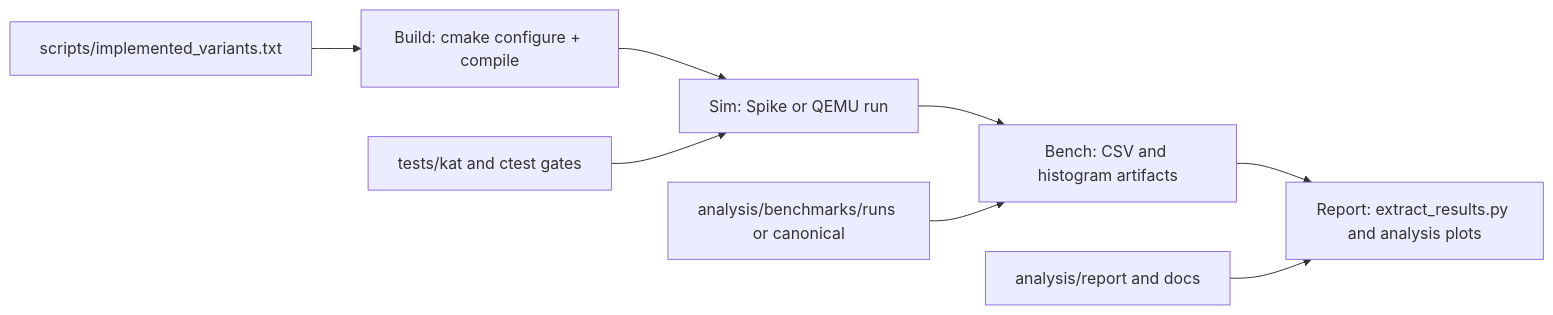
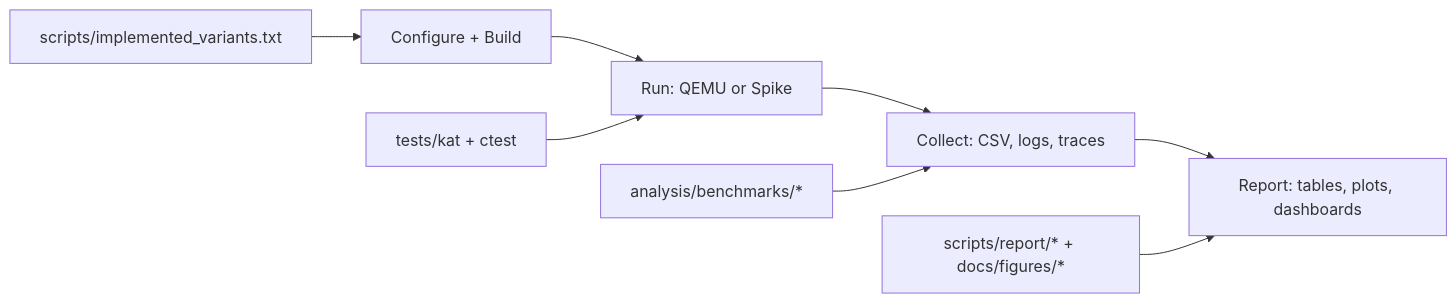
The diagram in docs/ARCHITECTURE.md (fraidakis/hqc-riscv-thesis), drawn with Mermaid before and after one commit. The commit also changed other lines of this file and 8 other files, not shown here.

````diff
--- a/docs/ARCHITECTURE.md
+++ b/docs/ARCHITECTURE.md
@@ -23,11 +25,11 @@
 ```mermaid
 flowchart LR
-  A[Build: cmake configure + compile] --> B[Sim: Spike or QEMU run]
-  B --> C[Bench: CSV and histogram artifacts]
-  C --> D[Report: extract_results.py and analysis plots]
+  A[Configure + Build] --> B[Run: QEMU or Spike]
+  B --> C[Collect: CSV, logs, traces]
+  C --> D[Report: tables, plots, dashboards]
 
   A1[scripts/implemented_variants.txt] --> A
-  B1[tests/kat and ctest gates] --> B
-  C1[analysis/benchmarks/runs or canonical] --> C
-  D1[analysis/report and docs] --> D
+  B1[tests/kat + ctest] --> B
+  C1[analysis/benchmarks/*] --> C
+  D1[scripts/report/* + docs/figures/*] --> D
 ```
````
